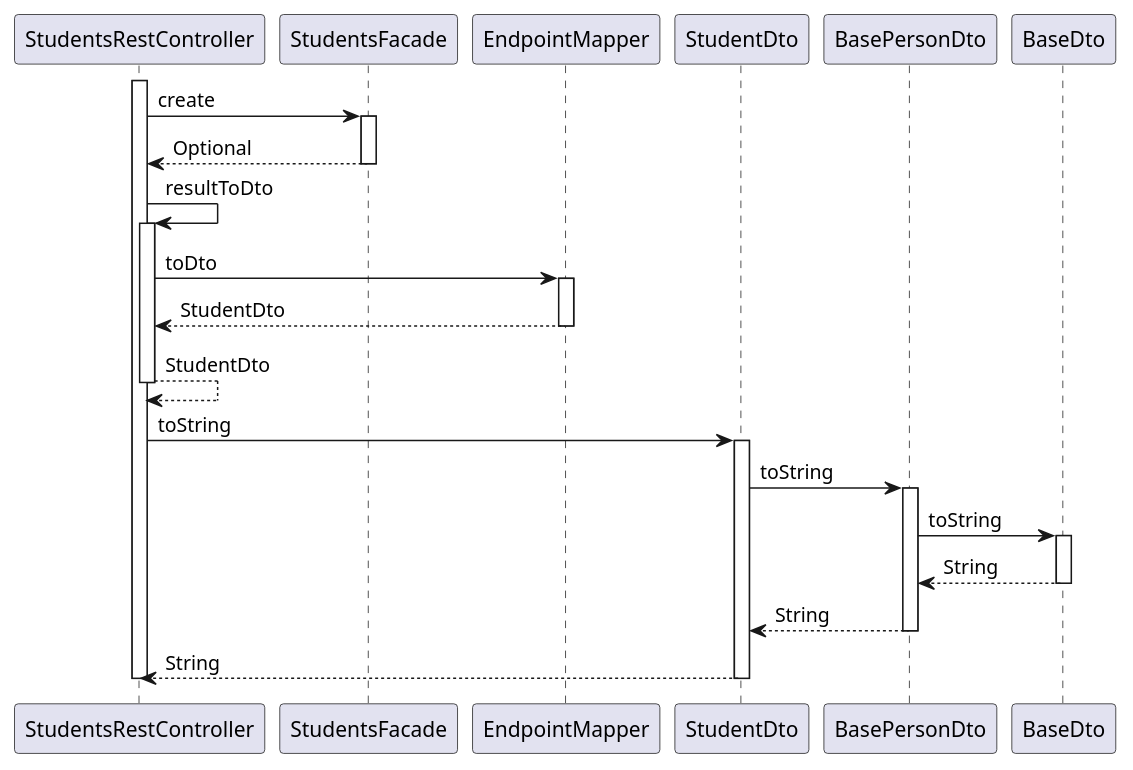
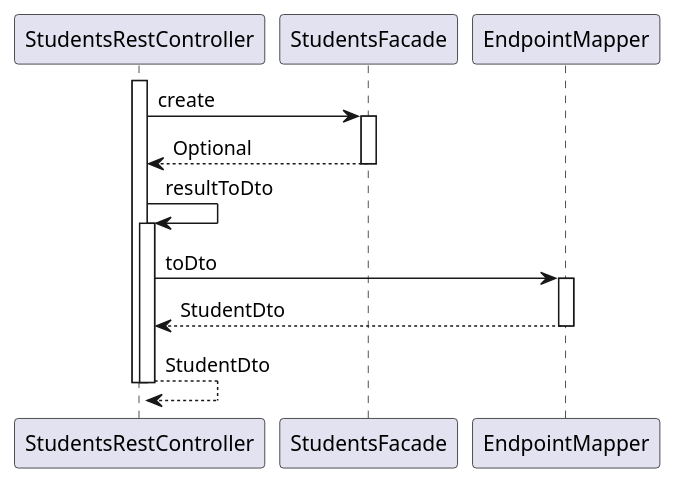
One commit to OlegSopilnyak/school-demo changed the diagram in ingress/documentation/puml/sequence-diagrams/Education.Students.createStudent.puml. Above: the diagram before and after it, drawn with PlantUML. The commit also changed 4 other files, not shown here.

Commit message:
Added asciidoctor file for uml rendering (second draft)

```diff
--- a/ingress/documentation/puml/sequence-diagrams/Education.Students.createStudent.puml
+++ b/ingress/documentation/puml/sequence-diagrams/Education.Students.createStudent.puml
@@ -3,37 +3,22 @@
 @startuml
 
 participant StudentsRestController
 participant StudentsFacade
 participant EndpointMapper
-participant StudentDto
-participant BasePersonDto
-participant BaseDto
 
 activate StudentsRestController
 	StudentsRestController -> StudentsFacade : create
 	activate StudentsFacade
 		StudentsFacade --> StudentsRestController : Optional
 	deactivate StudentsFacade
 	StudentsRestController -> StudentsRestController : resultToDto
 	activate StudentsRestController
 		StudentsRestController -> EndpointMapper : toDto
 		activate EndpointMapper
 			EndpointMapper --> StudentsRestController : StudentDto
 		deactivate EndpointMapper
 		StudentsRestController --> StudentsRestController : StudentDto
 	deactivate StudentsRestController
-	StudentsRestController -> StudentDto : toString
-	activate StudentDto
-		StudentDto -> BasePersonDto : toString
-		activate BasePersonDto
-			BasePersonDto -> BaseDto : toString
-			activate BaseDto
-				BaseDto --> BasePersonDto : String
-			deactivate BaseDto
-			BasePersonDto --> StudentDto : String
-		deactivate BasePersonDto
-		StudentDto --> StudentsRestController : String
-	deactivate StudentDto
 deactivate StudentsRestController
 
 @enduml
```
